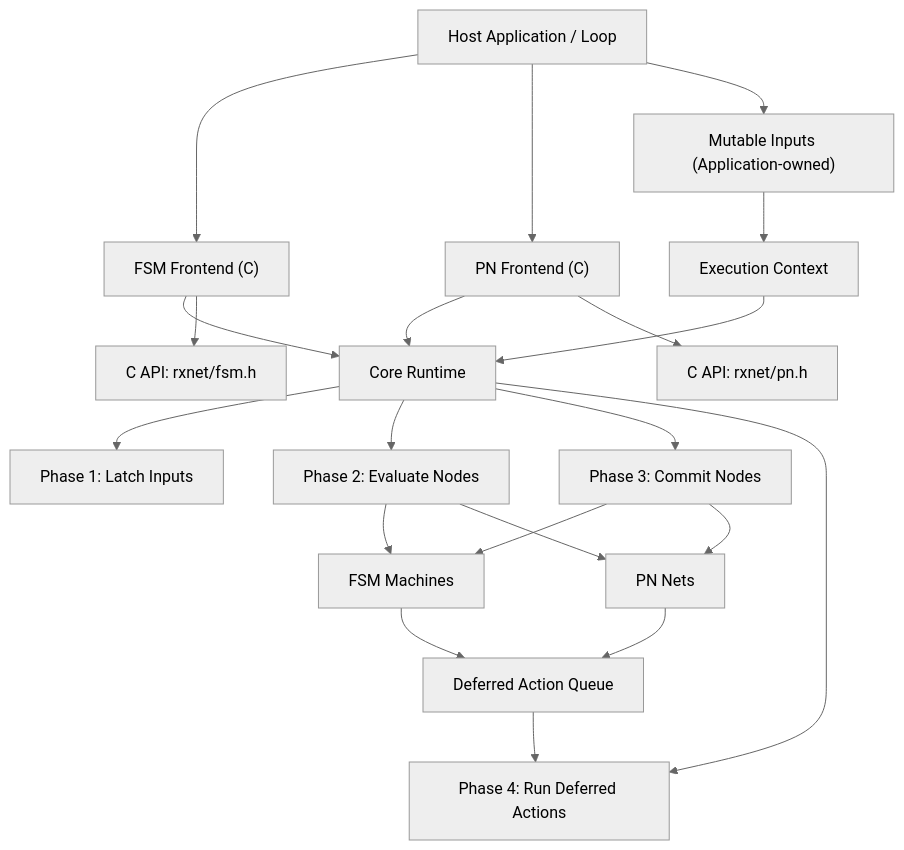
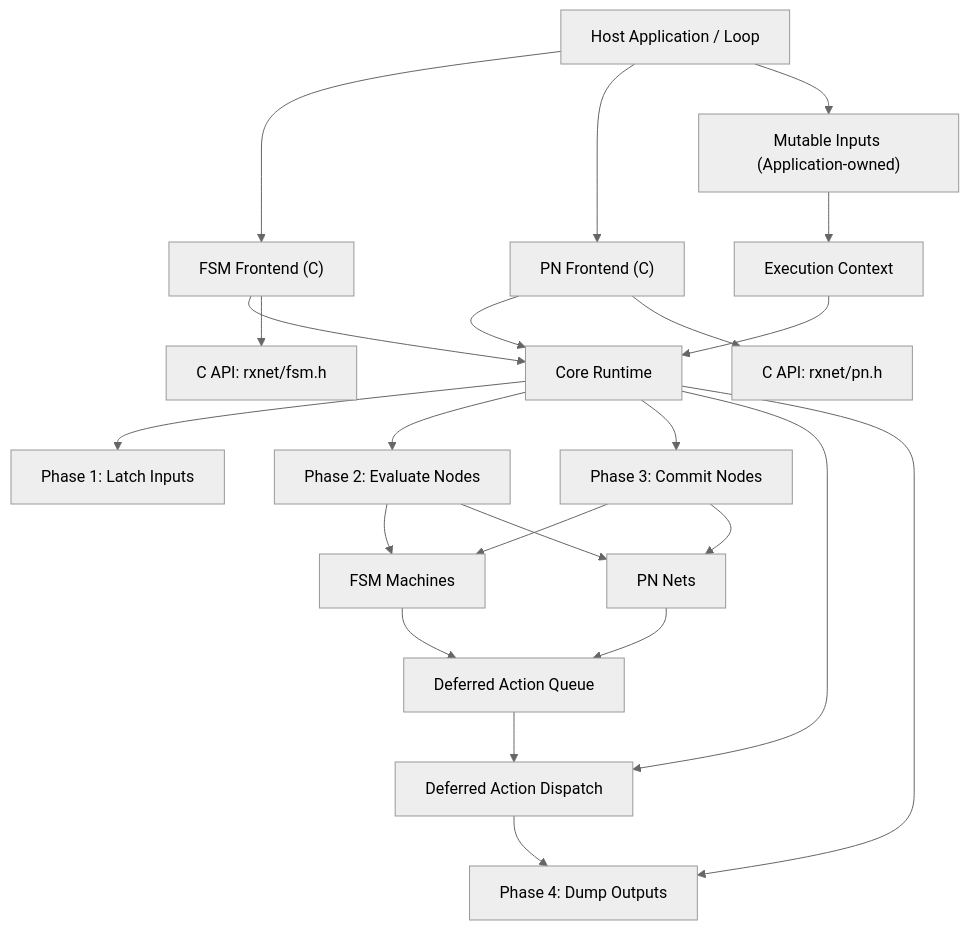
One commit to greenlsi/rxnet changed the diagram in docs/specs/c/design.md. Above: the diagram before and after it, drawn with Mermaid (neutral theme). The commit also changed other lines of this file and 37 other files, not shown here.

````diff
--- a/docs/specs/c/design.md
+++ b/docs/specs/c/design.md
@@ -16,28 +16,30 @@
 ```mermaid
 graph TB
     Host["Host Application / Loop"] --> FSMSurface["FSM Frontend (C)"]
     Host --> PNSurface["PN Frontend (C)"]
     Host --> Inputs["Mutable Inputs (Application-owned)"]
 
     FSMSurface --> Core["Core Runtime"]
     PNSurface --> Core
     Inputs --> Ctx["Execution Context"]
     Ctx --> Core
 
     Core --> Latch["Phase 1: Latch Inputs"]
     Core --> Eval["Phase 2: Evaluate Nodes"]
     Core --> Commit["Phase 3: Commit Nodes"]
-    Core --> Deferred["Phase 4: Run Deferred Actions"]
+    Core --> Deferred["Deferred Action Dispatch"]
+    Core --> Dump["Phase 4: Dump Outputs"]
 
     Eval --> FSMNodes["FSM Machines"]
     Eval --> PNNets["PN Nets"]
     Commit --> FSMNodes
     Commit --> PNNets
 
     FSMNodes --> Actions["Deferred Action Queue"]
     PNNets --> Actions
     Actions --> Deferred
+    Deferred --> Dump
 
     FSMSurface --> CAPI["C API: rxnet/fsm.h"]
     PNSurface --> CPNAPI["C API: rxnet/pn.h"]
 ```
````
